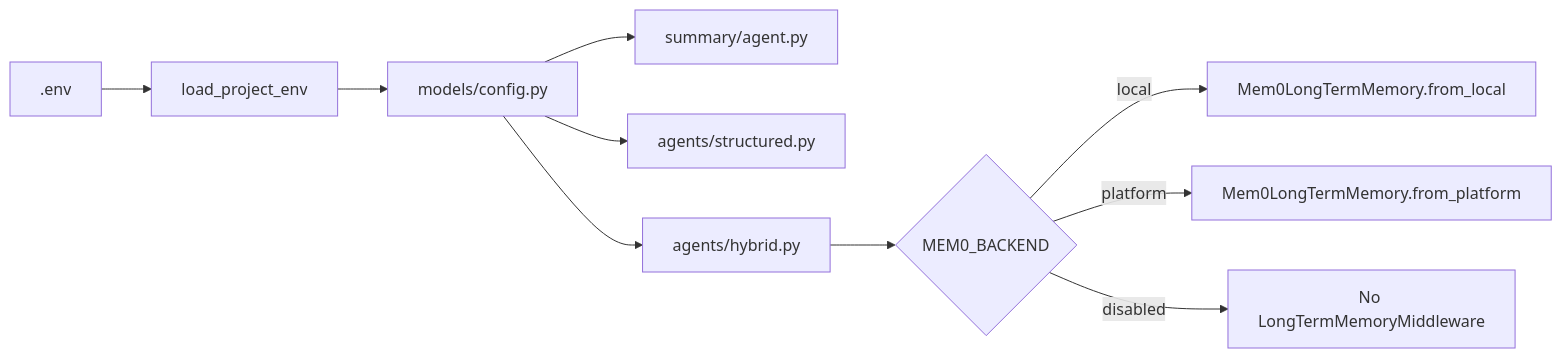
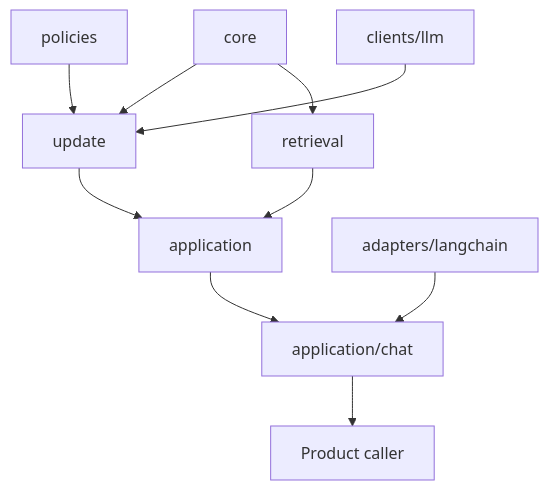
One commit to sandy1990418/MemoryAgent changed the third of 3 diagrams in ARCHITECTURE.md. Above: the diagram before and after it, drawn with Mermaid. The commit also changed other lines of this file and 20 other files, not shown here.

````diff
--- a/ARCHITECTURE.md
+++ b/ARCHITECTURE.md
@@ -460,12 +113,12 @@
 ```mermaid
-flowchart LR
-    A[.env] --> B[load_project_env]
-    B --> C[models/config.py]
-    C --> D[summary/agent.py]
-    C --> E[agents/structured.py]
-    C --> F[agents/hybrid.py]
-    F --> G{MEM0_BACKEND}
-    G -->|local| H[Mem0LongTermMemory.from_local]
-    G -->|platform| I[Mem0LongTermMemory.from_platform]
-    G -->|disabled| J[No LongTermMemoryMiddleware]
+flowchart TD
+  Core[core] --> Update[update]
+  Core --> Retrieval[retrieval]
+  Policies[policies] --> Update
+  Update --> Service[application]
+  Retrieval --> Service
+  Clients[clients/llm] --> Update
+  Service --> Facade[application/chat]
+  Facade --> Caller[Product caller]
+  Optional[adapters/langchain] --> Facade
 ```
````
